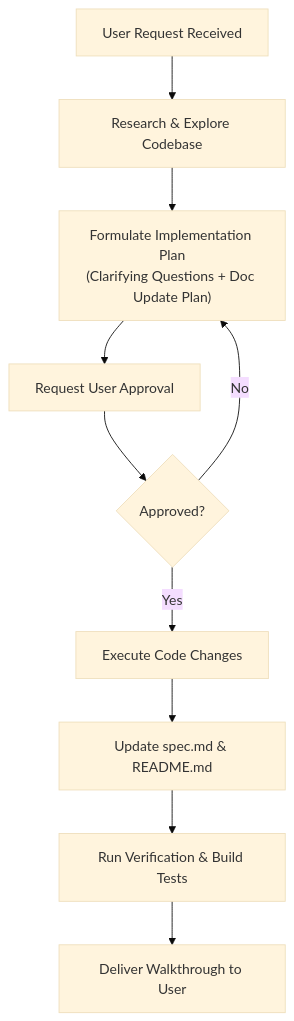
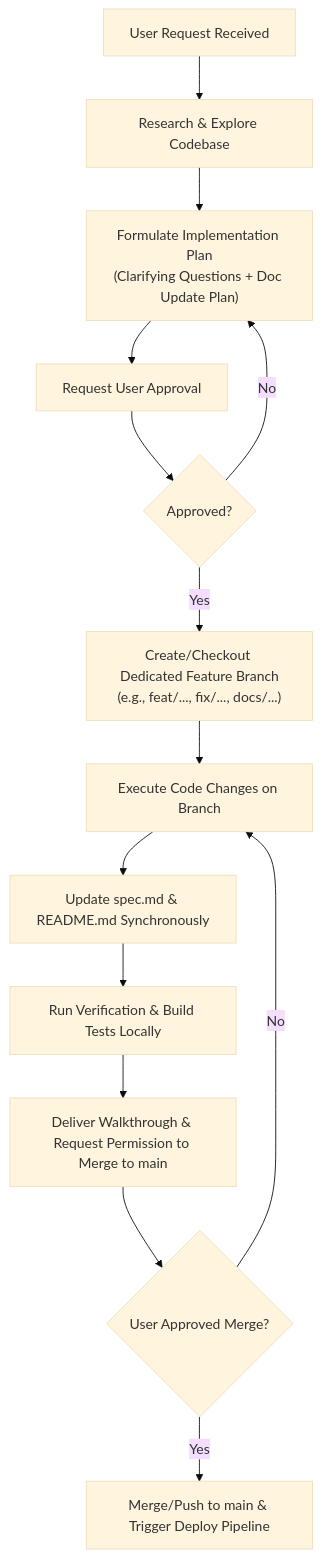
One commit to haftel/bible-station changed the diagram in agents.md. Above: the diagram before and after it, drawn with Mermaid (base theme). The commit also changed other lines of this file and 2 other files, not shown here.

Commit message:
docs: add Rule 7 for feature branch isolation and main branch protection
- Add Rule 7 to agents.md mandating branch-based development and protecting main
- Update spec.md Section 5 with branching strategy and main protection protocols
- Update README.md with Contribution & Branching Workflow guidelines

````diff
--- a/agents.md
+++ b/agents.md
@@ -51,12 +60,16 @@
 ```mermaid
 flowchart TD
     A["User Request Received"] --> B["Research & Explore Codebase"]
     B --> C["Formulate Implementation Plan<br/>(Clarifying Questions + Doc Update Plan)"]
     C --> D["Request User Approval"]
     D --> E{"Approved?"}
     E -- No --> C
-    E -- Yes --> F["Execute Code Changes"]
-    F --> G["Update spec.md & README.md"]
-    G --> H["Run Verification & Build Tests"]
-    H --> I["Deliver Walkthrough to User"]
+    E -- Yes --> F["Create/Checkout Dedicated Feature Branch<br/>(e.g., feat/..., fix/..., docs/...)"]
+    F --> G["Execute Code Changes on Branch"]
+    G --> H["Update spec.md & README.md Synchronously"]
+    H --> I["Run Verification & Build Tests Locally"]
+    I --> J["Deliver Walkthrough & Request Permission to Merge to main"]
+    J --> K{"User Approved Merge?"}
+    K -- Yes --> L["Merge/Push to main & Trigger Deploy Pipeline"]
+    K -- No --> G
 ```
````
